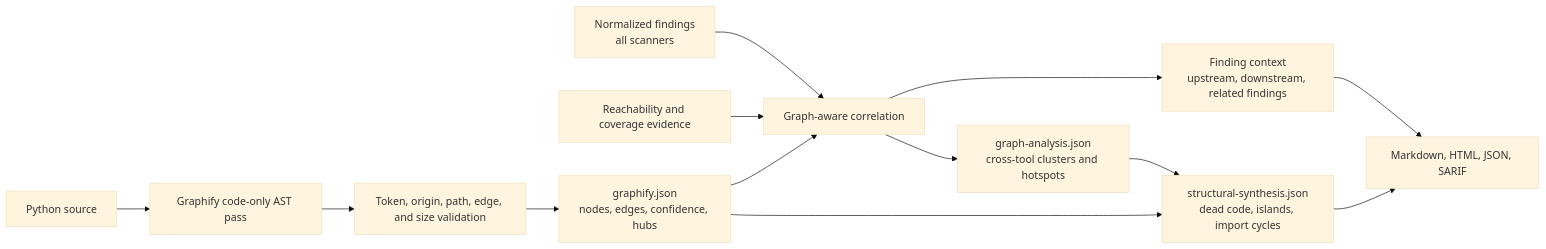
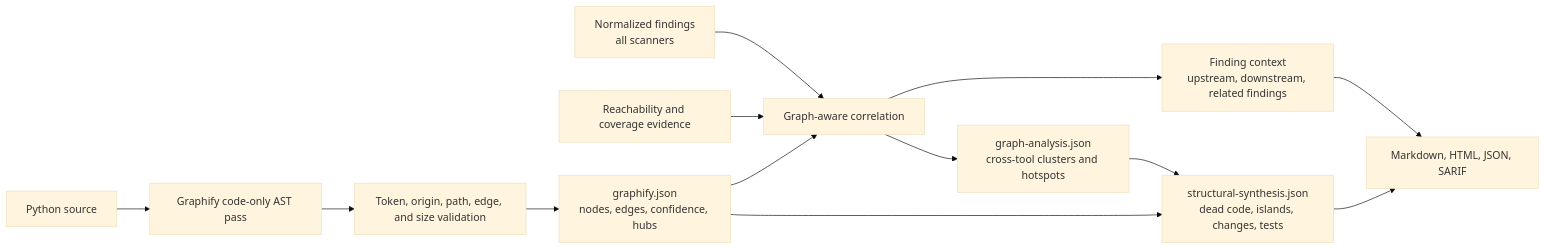
Before and after one commit to willtran87/project-py-security-suite: the diagram in docs/graphify.md, drawn with Mermaid (base theme). The commit also changed other lines of this file and 16 other files, not shown here.

````diff
--- a/docs/graphify.md
+++ b/docs/graphify.md
@@ -20,15 +20,15 @@
 ```mermaid
 flowchart LR
     Python["Python source"] --> Graphify["Graphify code-only AST pass"]
     Graphify --> Guard["Token, origin, path, edge, and size validation"]
     Guard --> Graph["graphify.json<br/>nodes, edges, confidence, hubs"]
     Findings["Normalized findings<br/>all scanners"] --> Join["Graph-aware correlation"]
     Reach["Reachability and coverage evidence"] --> Join
     Graph --> Join
     Join --> Context["Finding context<br/>upstream, downstream, related findings"]
     Join --> Hotspots["graph-analysis.json<br/>cross-tool clusters and hotspots"]
-    Hotspots --> Synthesis["structural-synthesis.json<br/>dead code, islands, import cycles"]
+    Hotspots --> Synthesis["structural-synthesis.json<br/>dead code, islands, changes, tests"]
     Graph --> Synthesis
     Context --> Reports["Markdown, HTML, JSON, SARIF"]
     Synthesis --> Reports
 ```
````
